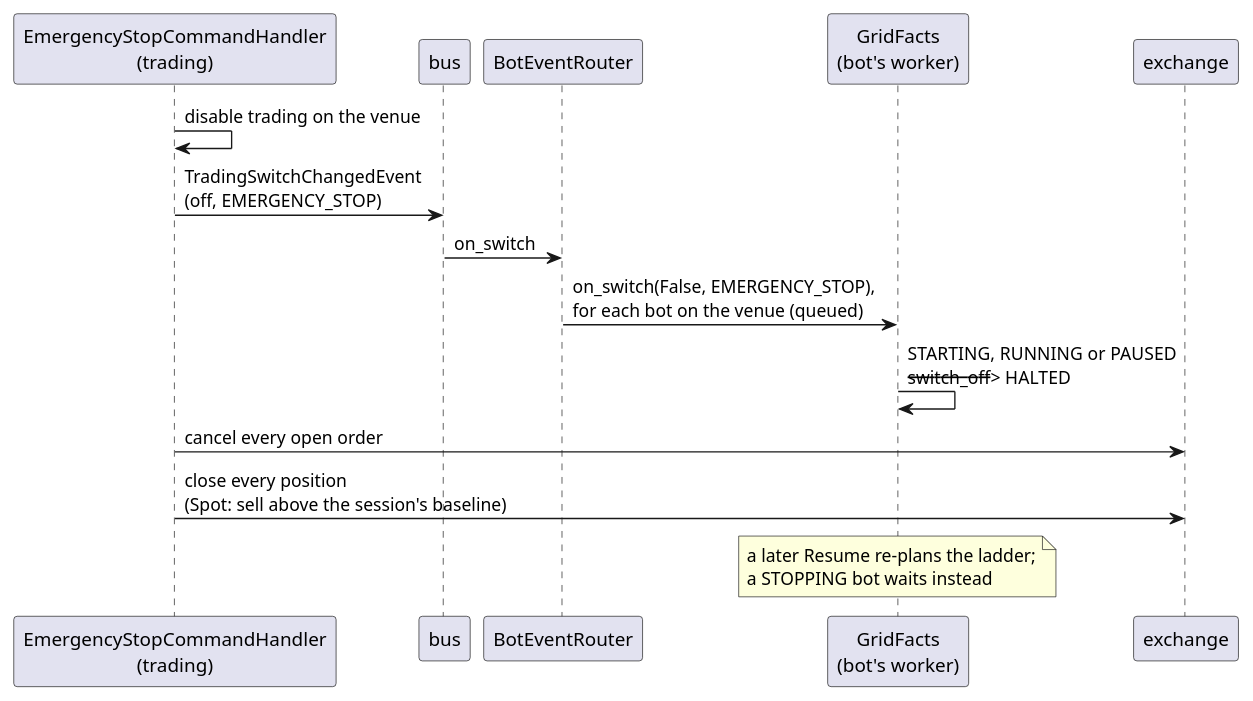
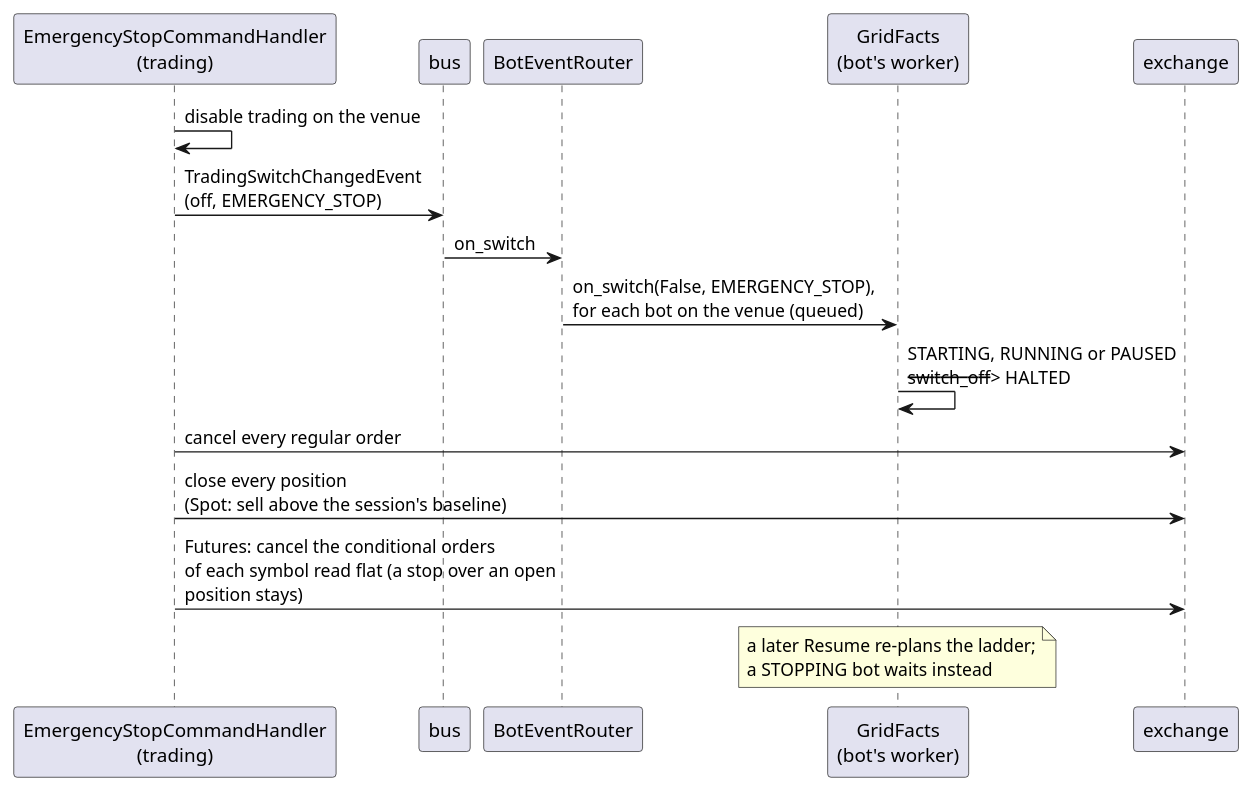
The diagram in Docs/MODULES/bots/diagrams/06-emergency-stop.puml (anhembedded/Sagittarius_Elite_Warrior), drawn with PlantUML before and after one commit. The commit also changed 28 other files, not shown here.

First line of the commit message:
feat(trading): Futures Emergency Stop keeps the protective stop until flat; halts say whether it stands

```diff
--- a/Docs/MODULES/bots/diagrams/06-emergency-stop.puml
+++ b/Docs/MODULES/bots/diagrams/06-emergency-stop.puml
@@ -3,16 +3,17 @@
 @startuml 06-emergency-stop
 participant "EmergencyStopCommandHandler\n(trading)" as E
 participant "bus" as BUS
 participant BotEventRouter as RT
 participant "GridFacts\n(bot's worker)" as F
 participant "exchange" as X
 
 E -> E : disable trading on the venue
 E -> BUS : TradingSwitchChangedEvent\n(off, EMERGENCY_STOP)
 BUS -> RT : on_switch
 RT -> F : on_switch(False, EMERGENCY_STOP),\nfor each bot on the venue (queued)
 F -> F : STARTING, RUNNING or PAUSED\n--switch_off--> HALTED
-E -> X : cancel every open order
+E -> X : cancel every regular order
 E -> X : close every position\n(Spot: sell above the session's baseline)
+E -> X : Futures: cancel the conditional orders\nof each symbol read flat (a stop over an open\nposition stays)
 note over F : a later Resume re-plans the ladder;\na STOPPING bot waits instead
 @enduml
```
